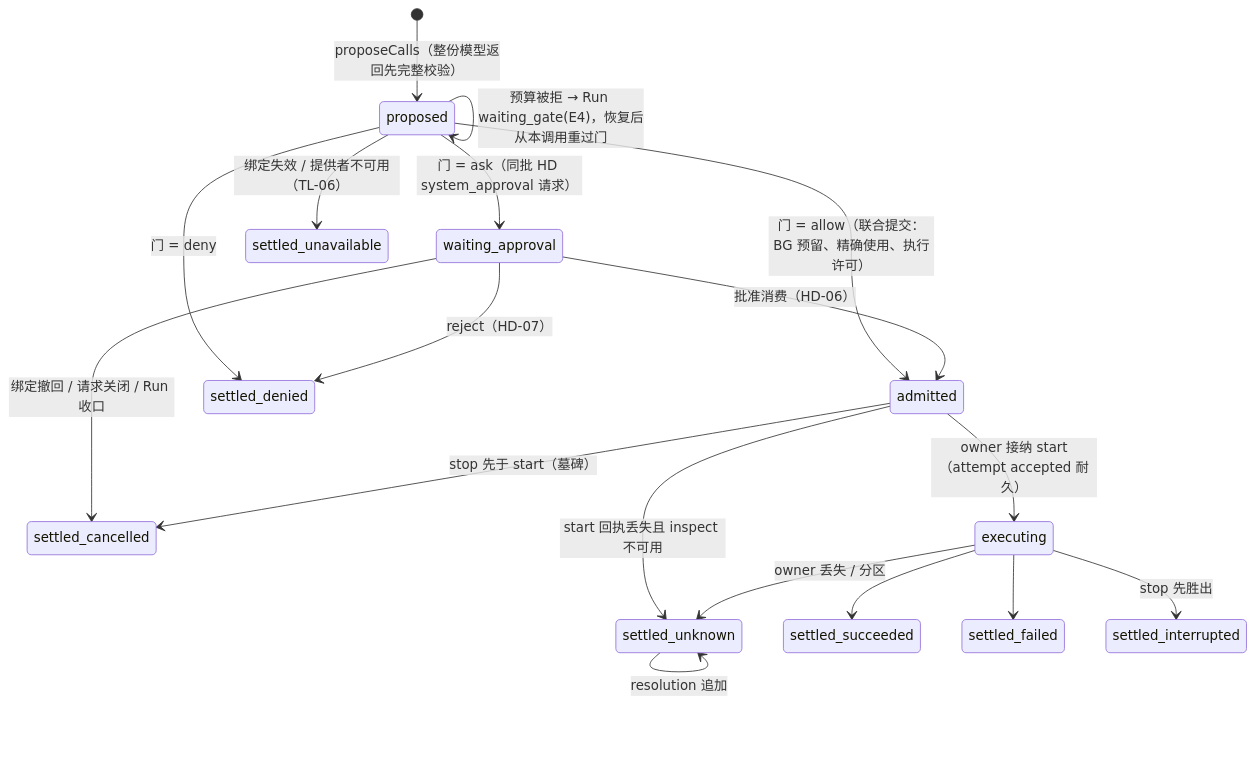
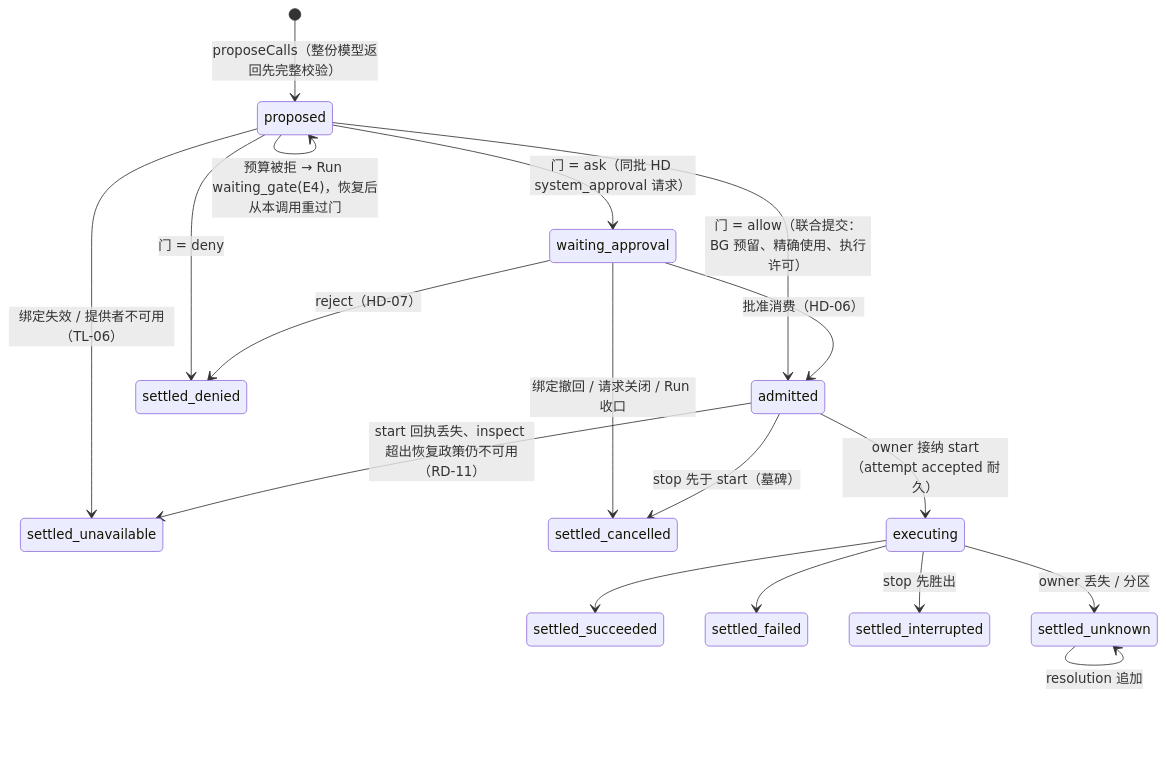
Before and after one commit to nemori-ai/omne-harness-lite: the diagram in docs/proposals/tool-execution/lifecycle.md, drawn with Mermaid. The commit also changed other lines of this file and 18 other files, not shown here.

````diff
--- a/docs/proposals/tool-execution/lifecycle.md
+++ b/docs/proposals/tool-execution/lifecycle.md
@@ -59,20 +59,20 @@
 ```mermaid
 stateDiagram-v2
     [*] --> proposed: proposeCalls（整份模型返回先完整校验）
     proposed --> waiting_approval: 门 = ask（同批 HD system_approval 请求）
     proposed --> admitted: 门 = allow（联合提交：BG 预留、精确使用、执行许可）
     proposed --> settled_denied: 门 = deny
     proposed --> settled_unavailable: 绑定失效 / 提供者不可用（TL-06）
     proposed --> proposed: 预算被拒 → Run waiting_gate(E4)，恢复后从本调用重过门
     waiting_approval --> admitted: 批准消费（HD-06）
     waiting_approval --> settled_denied: reject（HD-07）
     waiting_approval --> settled_cancelled: 绑定撤回 / 请求关闭 / Run 收口
     admitted --> executing: owner 接纳 start（attempt accepted 耐久）
     admitted --> settled_cancelled: stop 先于 start（墓碑）
-    admitted --> settled_unknown: start 回执丢失且 inspect 不可用
+    admitted --> settled_unavailable: start 回执丢失、inspect 超出恢复政策仍不可用（RD-11）
     executing --> settled_succeeded
     executing --> settled_failed
     executing --> settled_interrupted: stop 先胜出
     executing --> settled_unknown: owner 丢失 / 分区
     settled_unknown --> settled_unknown: resolution 追加
 ```
````
